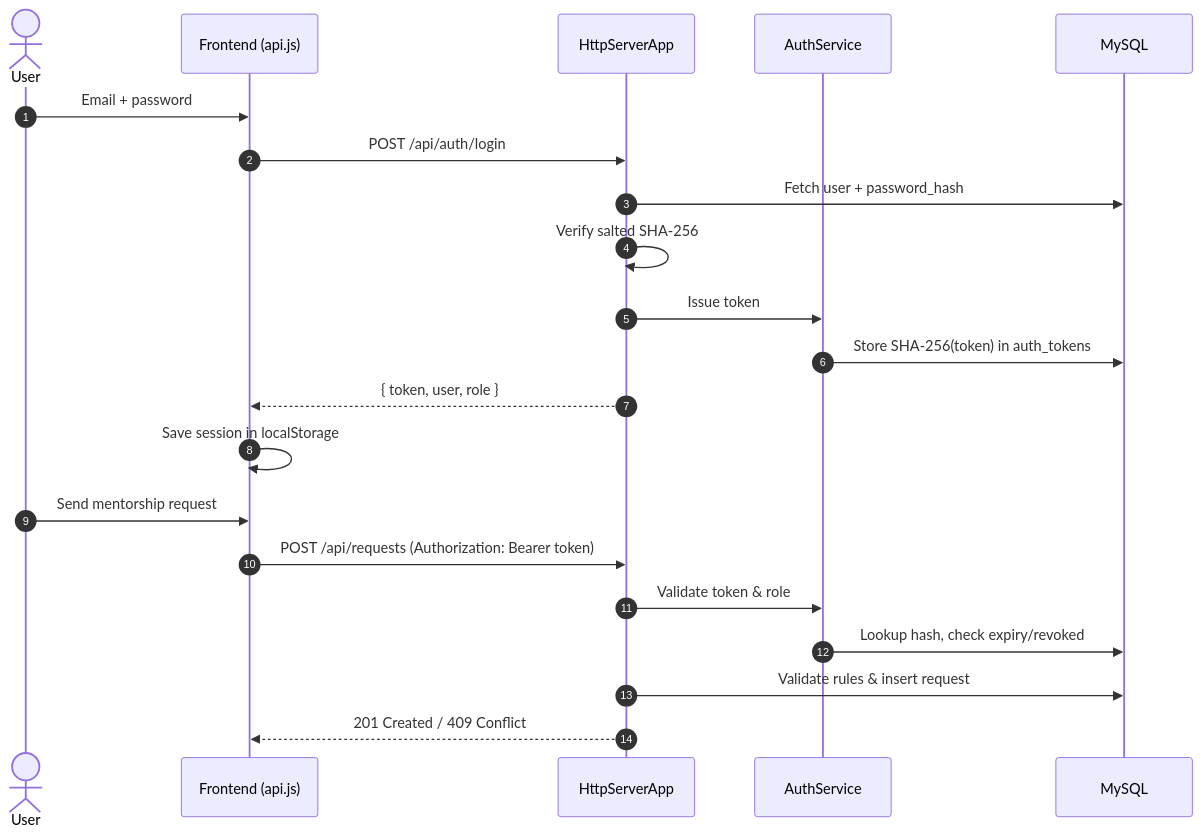
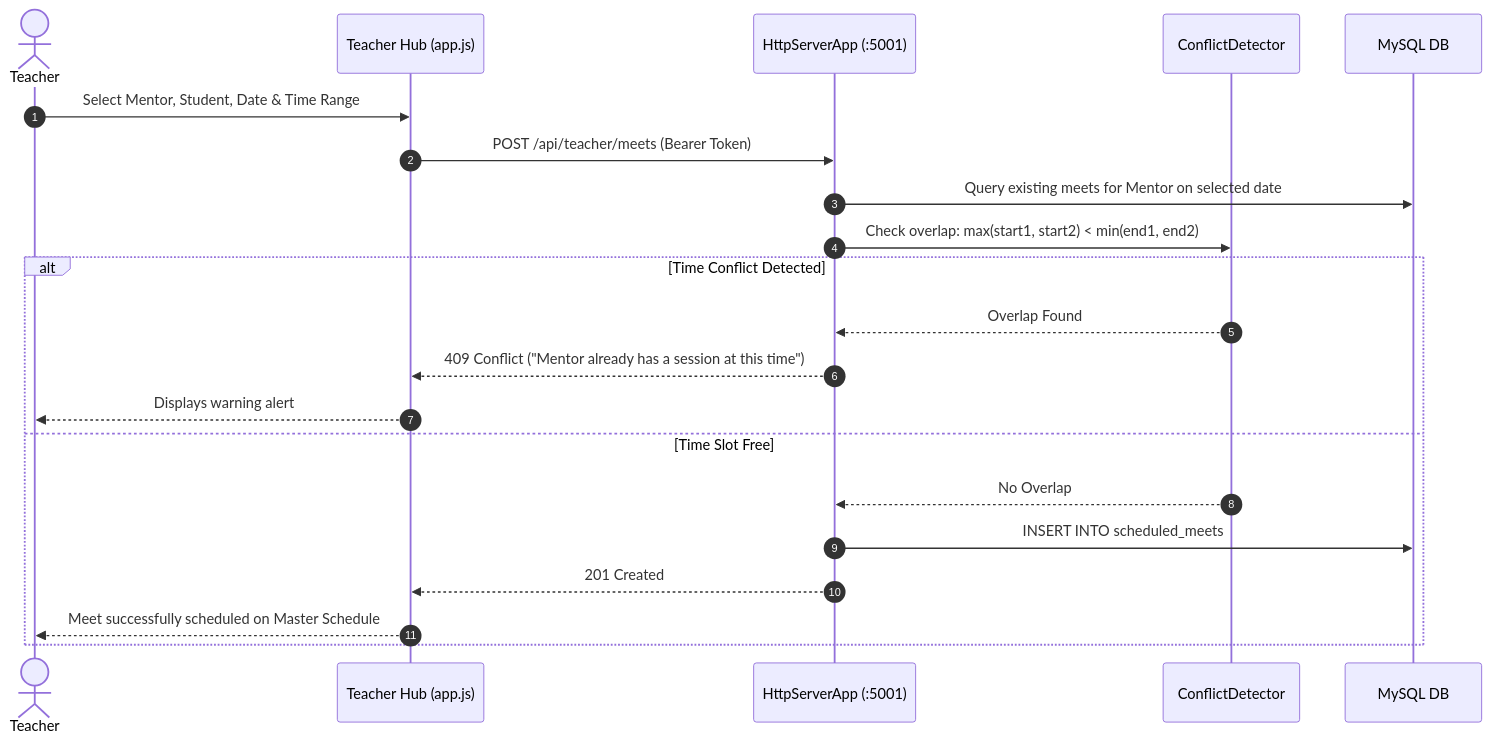
Before and after one commit to anuragpatil1729/Alumni-Mentoring-Portal: the third of 4 diagrams in README.md, drawn with Mermaid. The commit also changed other lines of this file, not shown here.

````diff
--- a/README.md
+++ b/README.md
@@ -129,25 +143,24 @@
 ```mermaid
 sequenceDiagram
     autonumber
-    actor U as User
-    participant FE as Frontend (api.js)
-    participant BE as HttpServerApp
-    participant AS as AuthService
-    participant DB as MySQL
+    actor Teacher
+    participant UI as Teacher Hub (app.js)
+    participant BE as HttpServerApp (:5001)
+    participant CD as ConflictDetector
+    participant DB as MySQL DB
 
-    U->>FE: Email + password
-    FE->>BE: POST /api/auth/login
-    BE->>DB: Fetch user + password_hash
-    BE->>BE: Verify salted SHA-256
-    BE->>AS: Issue token
-    AS->>DB: Store SHA-256(token) in auth_tokens
-    BE-->>FE: { token, user, role }
-    FE->>FE: Save session in localStorage
-
-    U->>FE: Send mentorship request
-    FE->>BE: POST /api/requests (Authorization: Bearer token)
-    BE->>AS: Validate token & role
-    AS->>DB: Lookup hash, check expiry/revoked
-    BE->>DB: Validate rules & insert request
-    BE-->>FE: 201 Created / 409 Conflict
+    Teacher->>UI: Select Mentor, Student, Date & Time Range
+    UI->>BE: POST /api/teacher/meets (Bearer Token)
+    BE->>DB: Query existing meets for Mentor on selected date
+    BE->>CD: Check overlap: max(start1, start2) < min(end1, end2)
+    alt Time Conflict Detected
+        CD-->>BE: Overlap Found
+        BE-->>UI: 409 Conflict ("Mentor already has a session at this time")
+        UI-->>Teacher: Displays warning alert
+    else Time Slot Free
+        CD-->>BE: No Overlap
+        BE->>DB: INSERT INTO scheduled_meets
+        BE-->>UI: 201 Created
+        UI-->>Teacher: Meet successfully scheduled on Master Schedule
+    end
 ```
````
